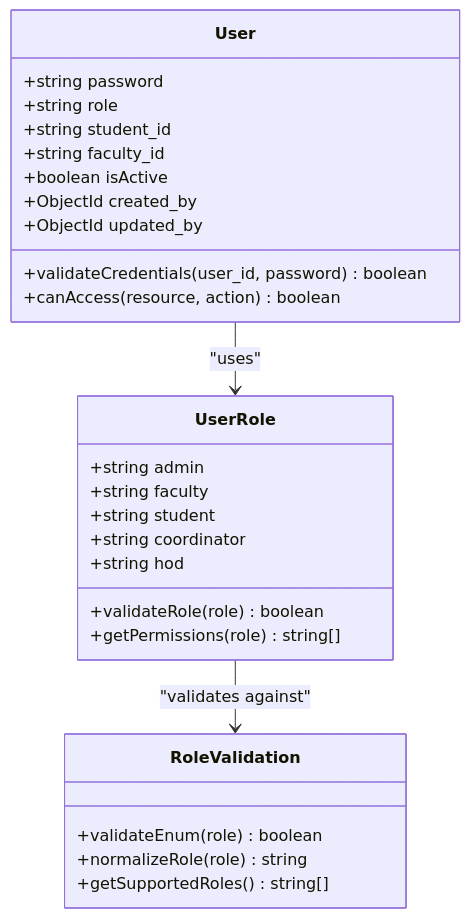
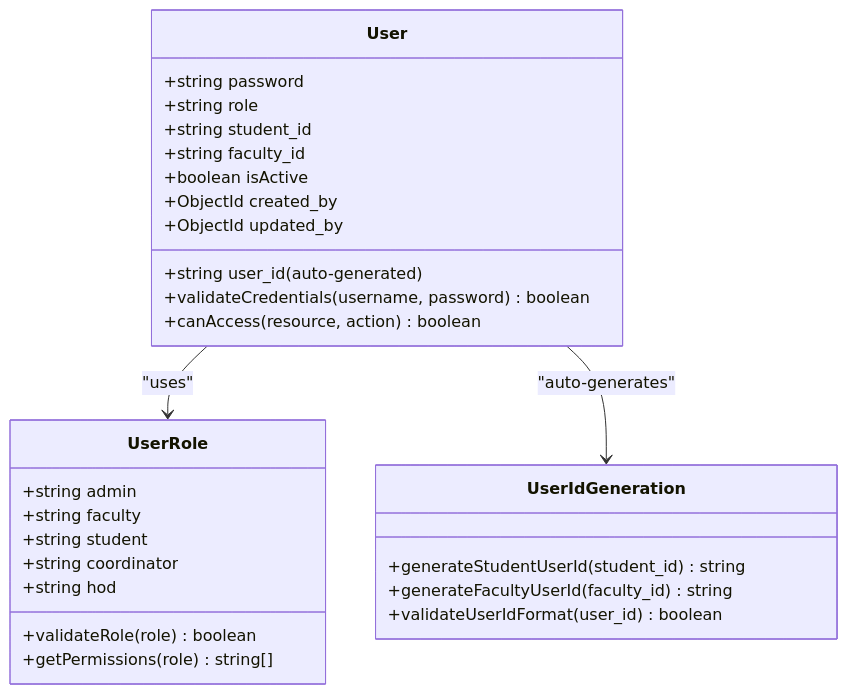
The fifth of 9 diagrams in .qoder/repowiki/en/content/Data Models & Database Schema/Core User Model.md (Aryan9060/Timetable-Project), drawn with Mermaid before and after one commit. The commit also changed other lines of this file and 21 other files, not shown here.

````diff
--- a/.qoder/repowiki/en/content/Data Models & Database Schema/Core User Model.md
+++ b/.qoder/repowiki/en/content/Data Models & Database Schema/Core User Model.md
@@ -233,30 +245,31 @@
 ```mermaid
 classDiagram
 class UserRole {
 +string admin
 +string faculty
 +string student
 +string coordinator
 +string hod
 +validateRole(role) boolean
 +getPermissions(role) string[]
 }
 class User {
++string user_id (auto-generated)
 +string password
 +string role
 +string student_id
 +string faculty_id
 +boolean isActive
 +ObjectId created_by
 +ObjectId updated_by
-+validateCredentials(user_id, password) boolean
++validateCredentials(username, password) boolean
 +canAccess(resource, action) boolean
 }
-class RoleValidation {
-+validateEnum(role) boolean
-+normalizeRole(role) string
-+getSupportedRoles() string[]
+class UserIdGeneration {
++generateStudentUserId(student_id) string
++generateFacultyUserId(faculty_id) string
++validateUserIdFormat(user_id) boolean
 }
 User --> UserRole : "uses"
-UserRole --> RoleValidation : "validates against"
+User --> UserIdGeneration : "auto-generates"
 ```
````
